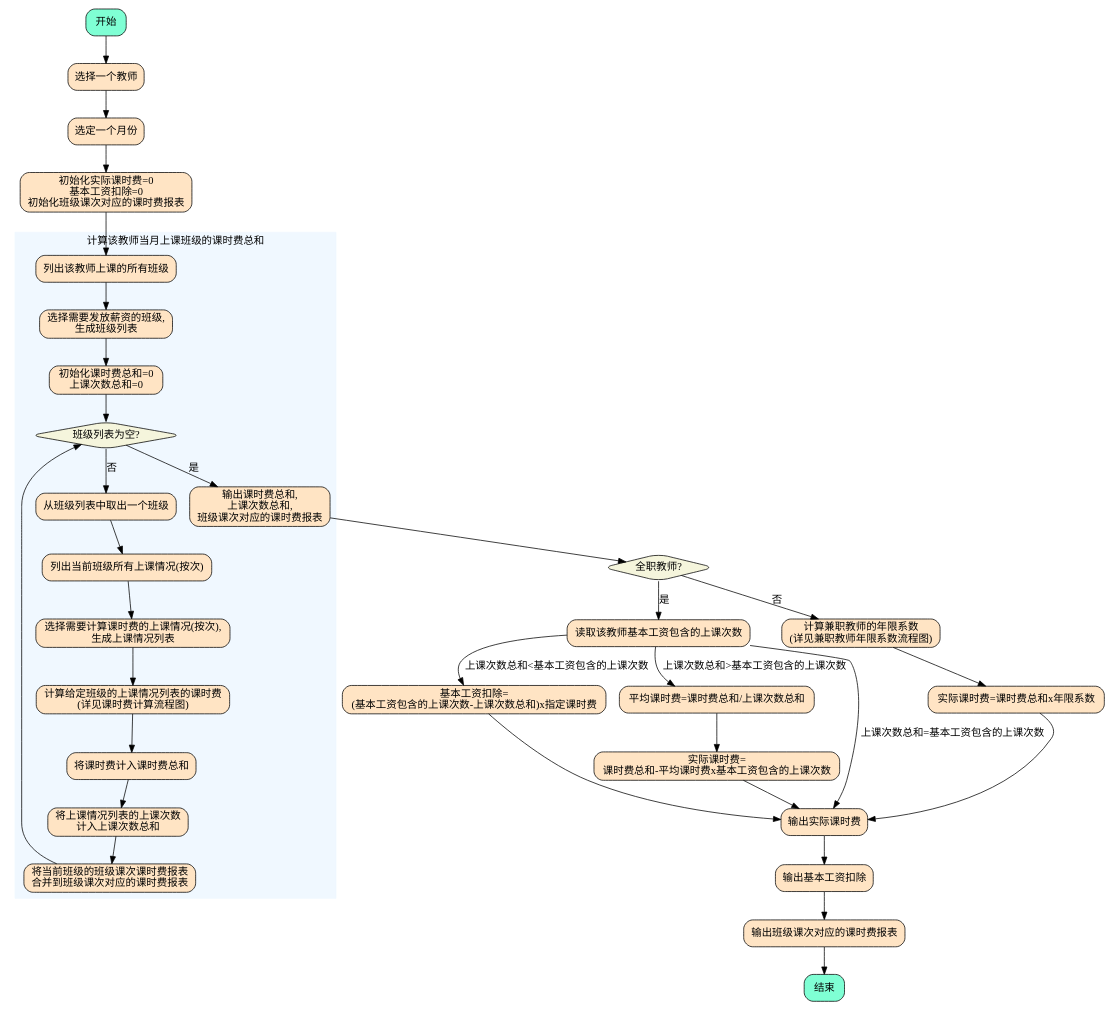
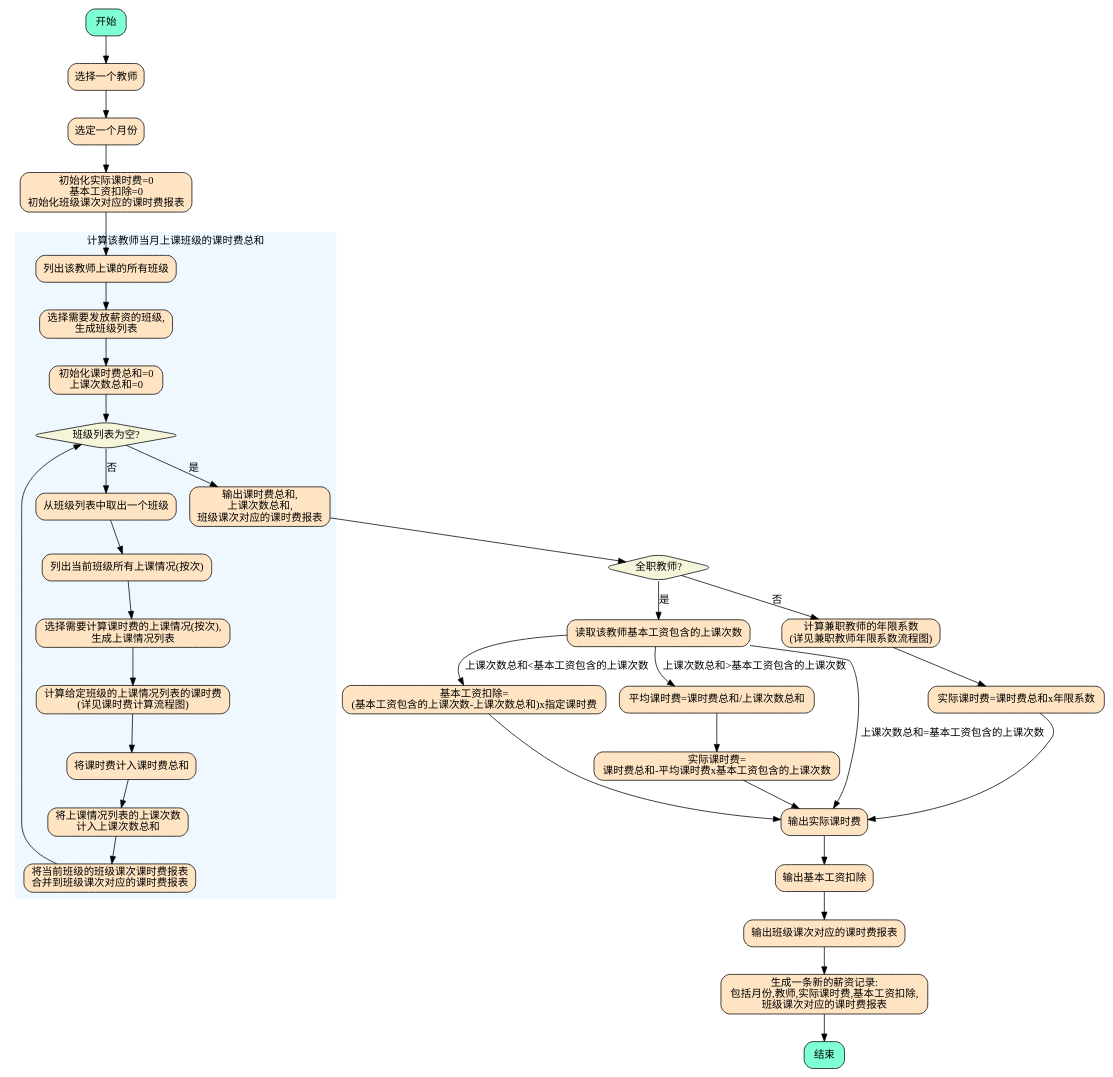
The diagram in management-system/hr/pay/pay-for-class/svg/03.dot (diandian888/mx-requirements), drawn with Graphviz before and after one commit. The commit also changed 1 other file, not shown here.

Commit message:
Add 生成一条新的薪资记录
* 薪资记录包括月份,教师,实际课时费,基本工资扣除,班级课次对应的课时费报表
* 代课费需要在薪资记录基础上进行计算

```diff
--- a/management-system/hr/pay/pay-for-class/svg/03.dot
+++ b/management-system/hr/pay/pay-for-class/svg/03.dot
@@ -1,74 +1,75 @@
 digraph {
     node [shape="box", style="rounded,filled", fillcolor="aquamarine"]
         start[label="开始"];
         end[label="结束"];
 
     node [shape="box", style="rounded,filled", fillcolor="bisque"]
         s1[label="选择一个教师"];
         s2[label="选定一个月份"];
         s3[label="初始化实际课时费=0\n基本工资扣除=0\n初始化班级课次对应的课时费报表"];
         s_c1_y1[label="读取该教师基本工资包含的上课次数"];
         s_c1_n1[label="计算兼职教师的年限系数\n(详见兼职教师年限系数流程图)"];
         s_c1_n2[label="实际课时费=课时费总和x年限系数"];
         s_c1_y2_b[label="基本工资扣除=\n(基本工资包含的上课次数-上课次数总和)x指定课时费"];
         s_c1_y2_c1[label="平均课时费=课时费总和/上课次数总和"];
         s_c1_y2_c2[label="实际课时费=\n课时费总和-平均课时费x基本工资包含的上课次数"];
         s_c1_n2[label="实际课时费=课时费总和x年限系数"];
         s4[label="输出实际课时费"];
         s5[label="输出基本工资扣除"];
         s6[label="输出班级课次对应的课时费报表"];
+        s7[label="生成一条新的薪资记录:\n包括月份,教师,实际课时费,基本工资扣除,\n班级课次对应的课时费报表"];
 
     node [shape="diamond", style="rounded,filled", fillcolor="beige"]
         c1[label="全职教师?"];
 
     subgraph cluster1 {
         label="计算该教师当月上课班级的课时费总和"
         style="filled";
         color="aliceblue";
 
         node [shape="box", style="rounded,filled", fillcolor="bisque"]
             sub1_s1[label="列出该教师上课的所有班级"];
             sub1_s2[label="选择需要发放薪资的班级,\n生成班级列表"];
             sub1_s3[label="初始化课时费总和=0\n上课次数总和=0"];
             sub1_s_c1_y1[label="输出课时费总和,\n上课次数总和,\n班级课次对应的课时费报表"];
             sub1_s_c1_n1[label="从班级列表中取出一个班级"];
             sub1_s_c1_n2[label="列出当前班级所有上课情况(按次)"]
             sub1_s_c1_n3[label="选择需要计算课时费的上课情况(按次),\n生成上课情况列表"];
             sub1_s_c1_n4[label="计算给定班级的上课情况列表的课时费\n(详见课时费计算流程图)"];
             sub1_s_c1_n5[label="将课时费计入课时费总和"];
             sub1_s_c1_n6[label="将上课情况列表的上课次数\n计入上课次数总和"];
             sub1_s_c1_n7[label="将当前班级的班级课次课时费报表\n合并到班级课次对应的课时费报表"];
 
         node [shape="diamond", style="rounded,filled", fillcolor="beige"]
             sub1_c1[label="班级列表为空?"];
 
         sub1_s1 -> sub1_s2 -> sub1_s3 -> sub1_c1;
 
         sub1_c1 -> sub1_s_c1_y1[label="是"];
         sub1_c1 -> sub1_s_c1_n1[label="否"];
 
         sub1_s_c1_n1 -> sub1_s_c1_n2 -> sub1_s_c1_n3 -> sub1_s_c1_n4 -> sub1_s_c1_n5 -> sub1_s_c1_n6 -> sub1_s_c1_n7;
         sub1_s_c1_n7 -> sub1_c1;
     }
     
     start -> s1 -> s2 -> s3 -> sub1_s1;
     sub1_s_c1_y1 -> c1;
     
     c1 -> s_c1_y1[label="是"];
     c1 -> s_c1_n1[label="否"];
 
     // 全职教师
     s_c1_y1 -> s4[label="上课次数总和=基本工资包含的上课次数"]; 
     s_c1_y1 -> s_c1_y2_b[label="上课次数总和<基本工资包含的上课次数"];
     s_c1_y1 -> s_c1_y2_c1[label="上课次数总和>基本工资包含的上课次数"];
 
-    s4 -> s5 -> s6 -> end;
+    s4 -> s5 -> s6 -> s7 -> end;
     s_c1_y2_b -> s4;
     s_c1_y2_c1 -> s_c1_y2_c2 -> s4;
 
     // 兼职教师
     s_c1_n1 -> s_c1_n2;
     s_c1_n2 -> s4;
  
     {rank=max end}
 }
```
